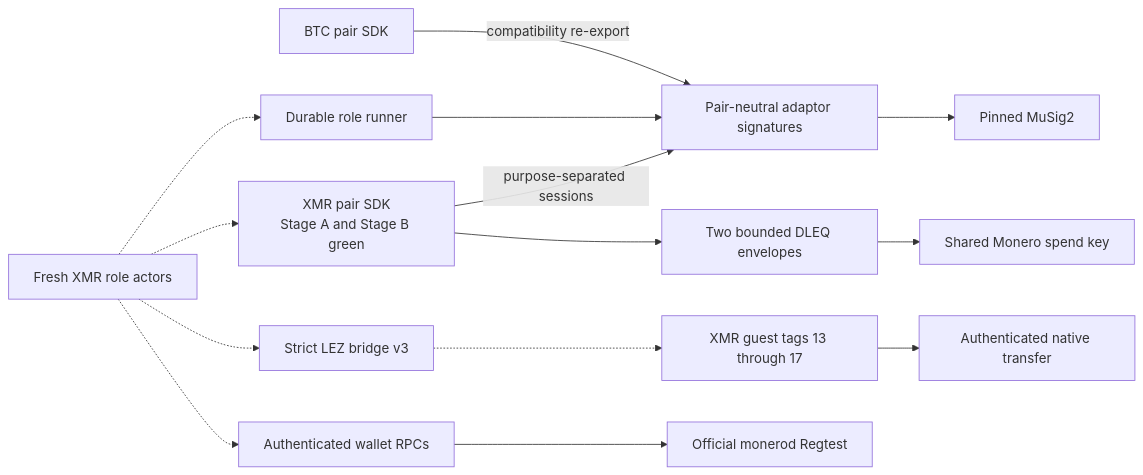
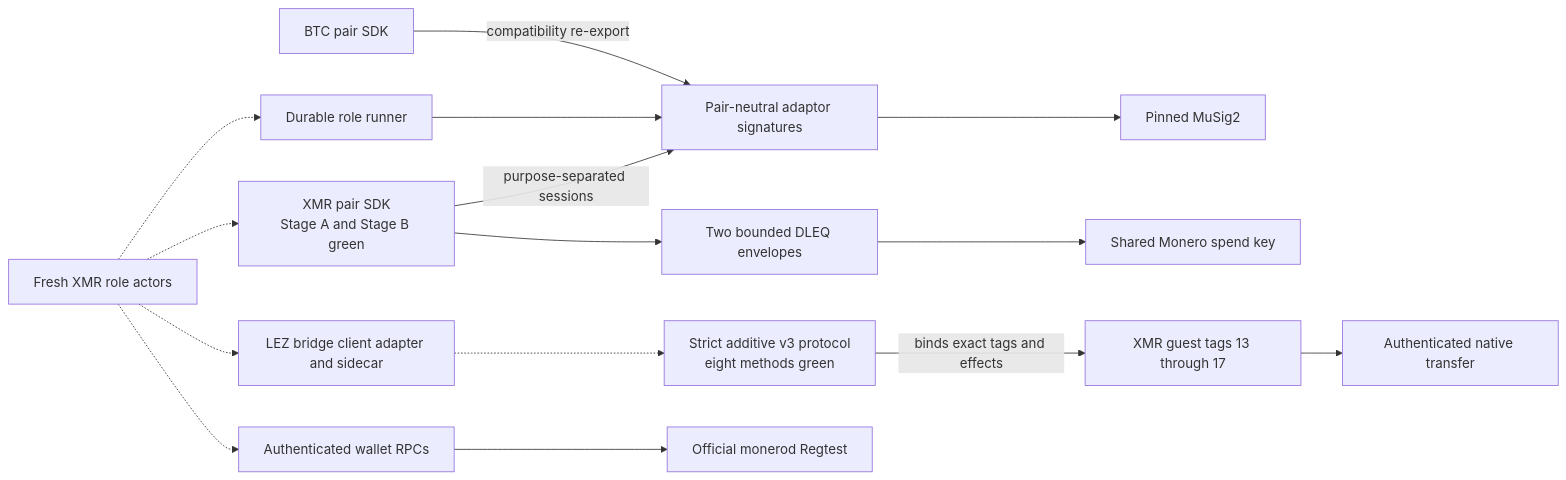
One commit to gateway-fm/lez-atomic-swaps changed diagram 20 of 26 in docs/architecture/system-architecture.md. Above: the diagram before and after it, drawn with Mermaid. The commit also changed other lines of this file and 8 other files, not shown here.

Commit message:
feat(m4): define strict XMR bridge protocol

````diff
--- a/docs/architecture/system-architecture.md
+++ b/docs/architecture/system-architecture.md
@@ -2116,16 +2116,17 @@
 ```mermaid
 flowchart LR
     BtcSdk["BTC pair SDK"] -->|compatibility re-export| Adaptor["Pair-neutral adaptor signatures"]
     XmrSdk["XMR pair SDK<br/>Stage A and Stage B green"] -->|purpose-separated sessions| Adaptor
     RoleRunner["Durable role runner"] --> Adaptor
     Adaptor --> Musig["Pinned MuSig2"]
     XmrSdk --> Dleq["Two bounded DLEQ envelopes"]
     Dleq --> SharedKey["Shared Monero spend key"]
     XmrActor["Fresh XMR role actors"] -.-> RoleRunner
     XmrActor -.-> XmrSdk
-    XmrActor -.-> Bridge["Strict LEZ bridge v3"]
-    Bridge -.-> Guest["XMR guest tags 13 through 17"]
+    XmrActor -.-> BridgeRuntime["LEZ bridge client adapter and sidecar"]
+    BridgeRuntime -.-> BridgeProtocol["Strict additive v3 protocol<br/>eight methods green"]
+    BridgeProtocol -->|binds exact tags and effects| Guest["XMR guest tags 13 through 17"]
     Guest --> Transfer["Authenticated native transfer"]
     XmrActor -.-> WalletRpc["Authenticated wallet RPCs"]
     WalletRpc --> Monerod["Official monerod Regtest"]
 ```
````
